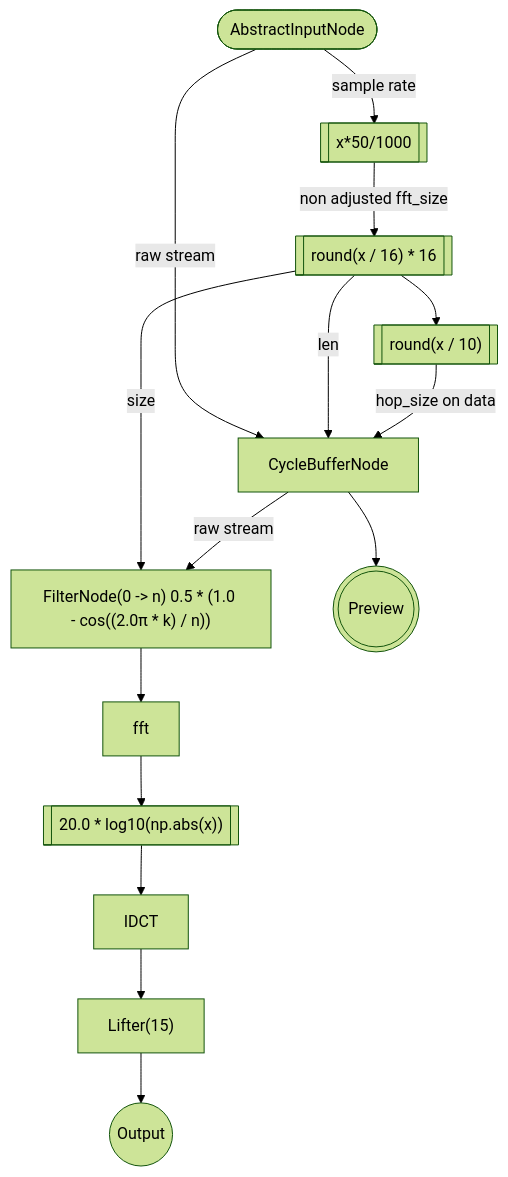
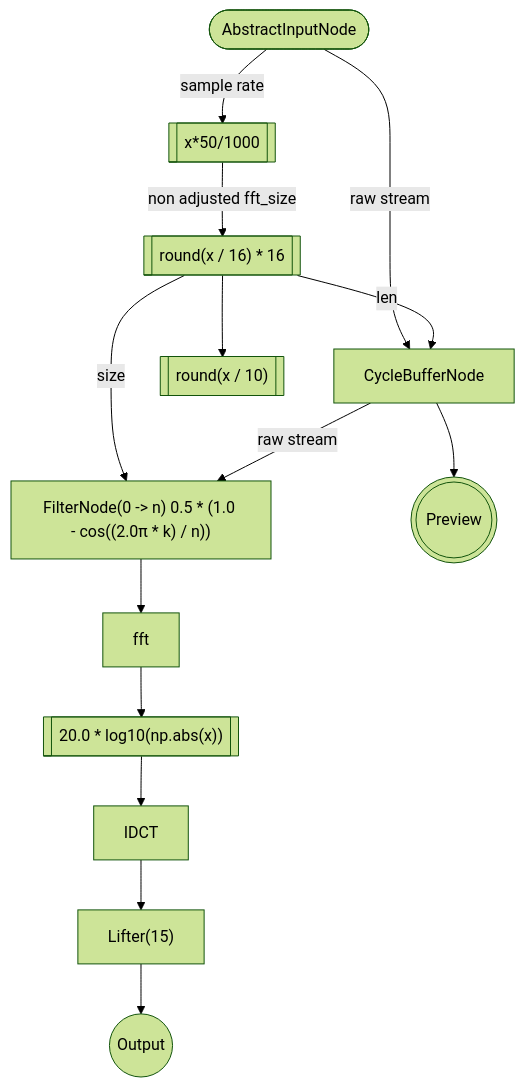
Before and after one commit to oligamiq/audio_analyzer: the second of 3 diagrams in doc/System.md, drawn with Mermaid (forest theme). The commit also changed other lines of this file, not shown here.

Commit message:
update System.md to remove references to CycleBufferNode and adjust flowchart connections

````diff
--- a/doc/System.md
+++ b/doc/System.md
@@ -30,17 +28,16 @@
 ```mermaid
 flowchart TB
   MicrophoneInputNode([AbstractInputNode])-->|sample rate| AdjustCalcFFTSize[[x*50/1000]]
   AdjustCalcFFTSize-->|non adjusted fft_size| CalcFFTSize[["round(x / 16) * 16"]]
   MicrophoneInputNode-->|raw stream| CycleBufferNode
   CalcFFTSize-->|len|CycleBufferNode
   CalcFFTSize-->CalcHopSize[["round(x / 10)"]]
   CalcFFTSize-->|size|FilterNode
-  CalcHopSize-->|hop_size on data|CycleBufferNode
   CycleBufferNode-->|raw stream|FilterNode["FilterNode(0 -> n) 0.5 * (1.0 - cos((2.0π * k) / n))"]
   CycleBufferNode-->Preview1(((Preview)))
   FilterNode-->CalcFFT["fft"]
   CalcFFT-->CalcPowerSpectrum[["20.0 * log10(np.abs(x))"]]
   CalcPowerSpectrum-->CalcQuefrency["IDCT"]
   CalcQuefrency-->Lifter["Lifter(15)"]
   Lifter-->OutputNode((Output))
 ```
````
